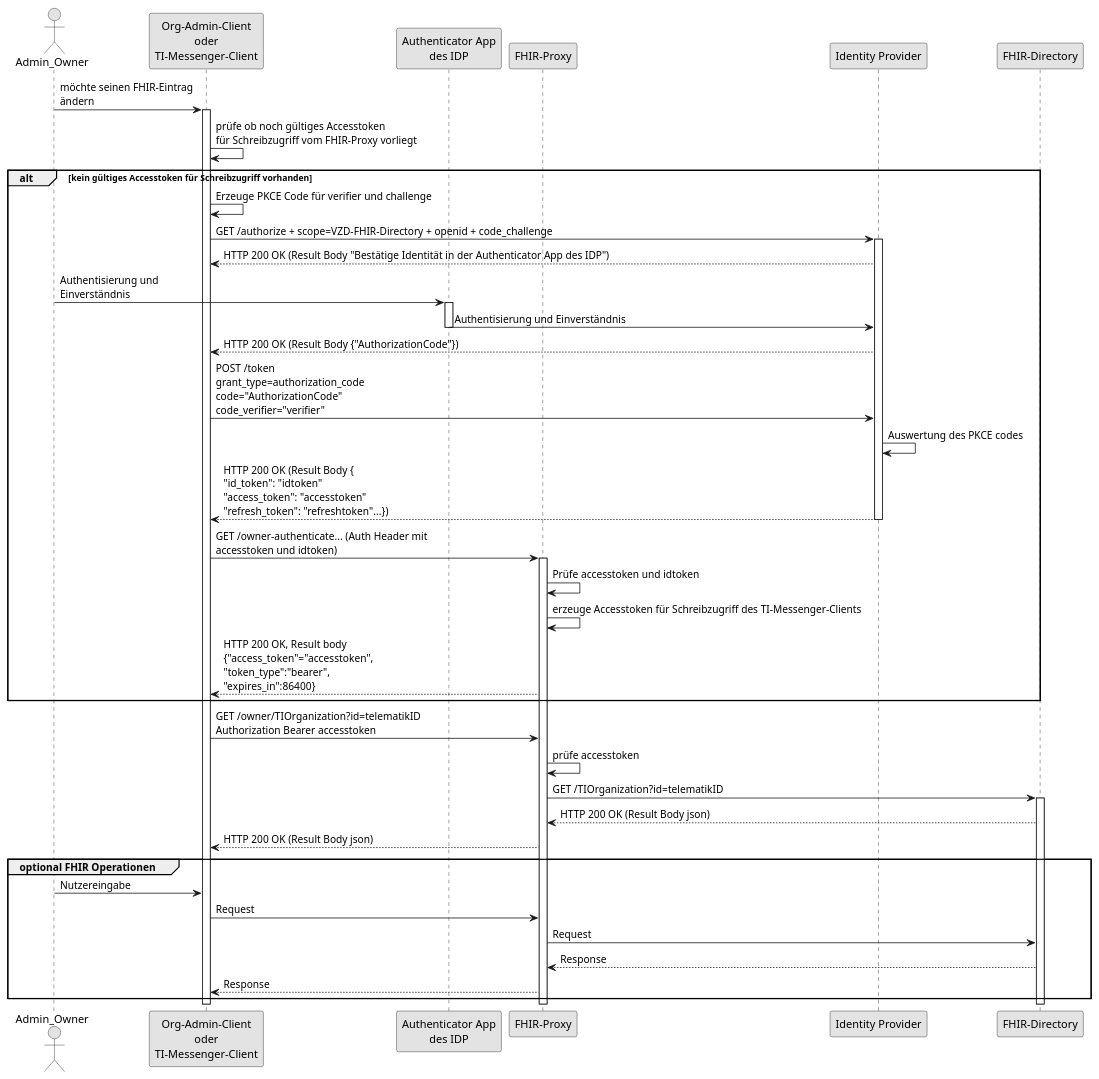
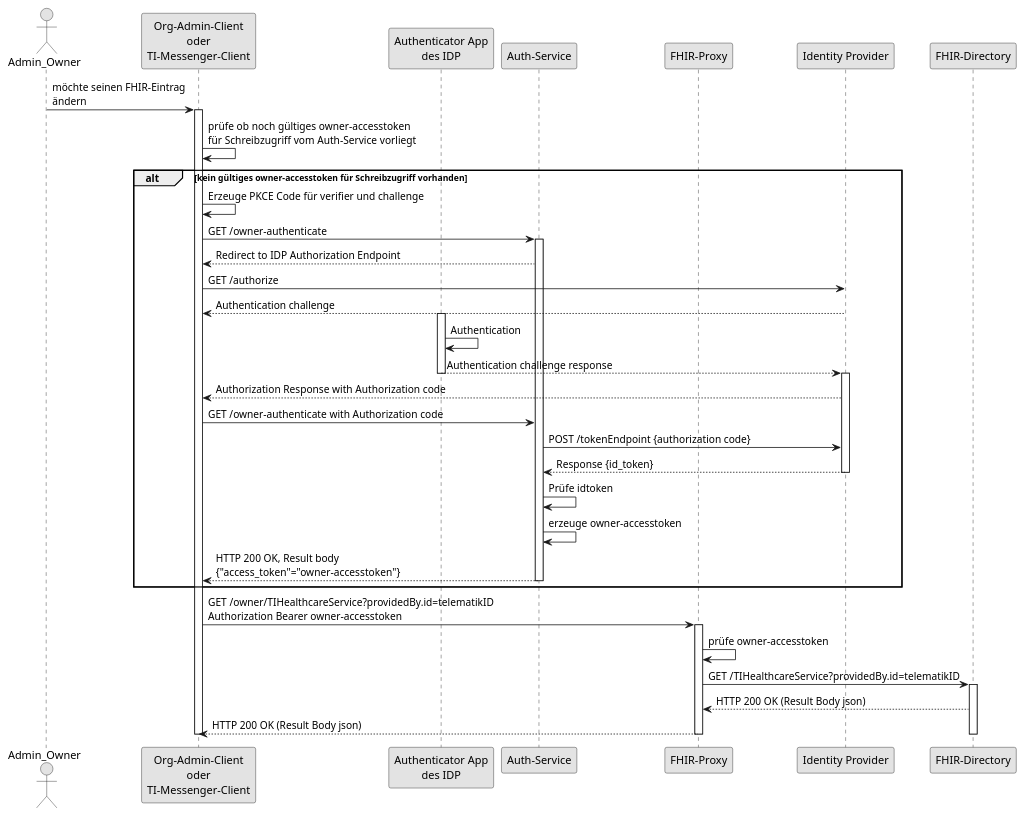
One commit to gematik/api-vzd changed the diagram in src/plantuml/FHIR-Directory, Sequenzdiagramm VZD-FHIR-Directory Änderung von eigenen TIOrganization- oder TIPractitioner-Einträgen.puml. Above: the diagram before and after it, drawn with PlantUML.

Commit message:
added  component Auth-Service

```diff
--- a/src/plantuml/FHIR-Directory, Sequenzdiagramm VZD-FHIR-Directory Änderung von eigenen TIOrganization- oder TIPractitioner-Einträgen.puml
+++ b/src/plantuml/FHIR-Directory, Sequenzdiagramm VZD-FHIR-Directory Änderung von eigenen TIOrganization- oder TIPractitioner-Einträgen.puml
@@ -1,53 +1,63 @@
 @startuml
 skinparam dpi 100
 skinparam WrapWidth 200
 skinparam monochrome true
 
 'title "FHIR-Directory, Sequenzdiagram Änderung von eigenen TIOrganization- oder TIPractitioner-Einträgen'
 actor oa as "Admin_Owner"
 participant cl as "Org-Admin-Client\noder\nTI-Messenger-Client"
 participant aa as "Authenticator App\ndes IDP"
+participant au as "Auth-Service"
 participant fp as "FHIR-Proxy"
 participant idp as "Identity Provider"
 participant fd as "FHIR-Directory"
 oa -> cl: möchte seinen FHIR-Eintrag\nändern
 activate cl
-cl -> cl: prüfe ob noch gültiges Accesstoken\nfür Schreibzugriff vom FHIR-Proxy vorliegt
-alt kein gültiges Accesstoken für Schreibzugriff vorhanden
+cl -> cl: prüfe ob noch gültiges owner-accesstoken\nfür Schreibzugriff vom Auth-Service vorliegt
+alt kein gültiges owner-accesstoken für Schreibzugriff vorhanden
 cl -> cl: Erzeuge PKCE Code für verifier und challenge
-cl -> idp: GET /authorize + scope=VZD-FHIR-Directory + openid + code_challenge
+cl -> au: GET /owner-authenticate
+activate au
+au --> cl: Redirect to IDP Authorization Endpoint
+cl -> idp: GET /authorize
+idp --> cl: Authentication challenge
+activate aa
+aa -> aa: Authentication
+aa --> idp: Authentication challenge response
+deactivate aa
 activate idp
-idp --> cl: HTTP 200 OK (Result Body "Bestätige Identität in der Authenticator App des IDP")
-oa -> aa: Authentisierung und\nEinverständnis
-activate aa
-aa -> idp: Authentisierung und Einverständnis
-deactivate aa
-idp --> cl: HTTP 200 OK (Result Body {"AuthorizationCode"})
+idp --> cl: Authorization Response with Authorization code
+cl -> au: GET /owner-authenticate with Authorization code
+au -> idp: POST /tokenEndpoint {authorization code}
+idp --> au: Response {id_token}
 
-cl -> idp: POST /token\ngrant_type=authorization_code\ncode="AuthorizationCode"\ncode_verifier="verifier"
-idp -> idp: Auswertung des PKCE codes
-idp --> cl: HTTP 200 OK (Result Body {\n"id_token": "idtoken"\n"access_token": "accesstoken"\n"refresh_token": "refreshtoken"...})
+'cl -> idp: GET /authorize + scope=VZD-FHIR-Directory + openid + code_challenge
+'activate idp
+'idp --> cl: HTTP 200 OK (Result Body "Bestätige Identität in der Authenticator App des IDP")
+'oa -> aa: Authentisierung und\nEinverständnis
+'activate aa
+'aa -> idp: Authentisierung und Einverständnis
+'deactivate aa
+'idp --> cl: HTTP 200 OK (Result Body {"AuthorizationCode"})
+
+'cl -> idp: POST /token\ngrant_type=authorization_code\ncode="AuthorizationCode"\ncode_verifier="verifier"
+'idp -> idp: Auswertung des PKCE codes
+'idp --> cl: HTTP 200 OK (Result Body {\n"id_token": "idtoken"\n"access_token": "accesstoken"\n"refresh_token": "refreshtoken"...})
 deactivate idp
-cl -> fp: GET /owner-authenticate... (Auth Header mit\naccesstoken und idtoken)
+'cl -> fp: GET /owner-authenticate... (Auth Header mit\naccesstoken und idtoken)
+au -> au: Prüfe idtoken
+au -> au: erzeuge owner-accesstoken
+au --> cl: HTTP 200 OK, Result body\n{"access_token"="owner-accesstoken"}
+deactivate au
+end
+cl -> fp: GET /owner/TIHealthcareService?providedBy.id=telematikID\nAuthorization Bearer owner-accesstoken
 activate fp
-fp -> fp: Prüfe accesstoken und idtoken
-fp -> fp: erzeuge Accesstoken für Schreibzugriff des TI-Messenger-Clients
-fp --> cl: HTTP 200 OK, Result body\n{"access_token"="accesstoken",\n"token_type":"bearer",\n"expires_in":86400}
-end
-cl -> fp: GET /owner/TIOrganization?id=telematikID\nAuthorization Bearer accesstoken
-fp -> fp: prüfe accesstoken
-fp -> fd: GET /TIOrganization?id=telematikID
+fp -> fp: prüfe owner-accesstoken
+fp -> fd: GET /TIHealthcareService?providedBy.id=telematikID
 activate fd
 fd --> fp: HTTP 200 OK (Result Body json)
 fp --> cl: HTTP 200 OK (Result Body json)
-group optional FHIR Operationen
-oa -> cl: Nutzereingabe
-cl -> fp: Request
-fp -> fd: Request
-fd --> fp: Response
-fp --> cl: Response
-end
 deactivate fd
 deactivate fp
 deactivate cl
 @enduml
```
